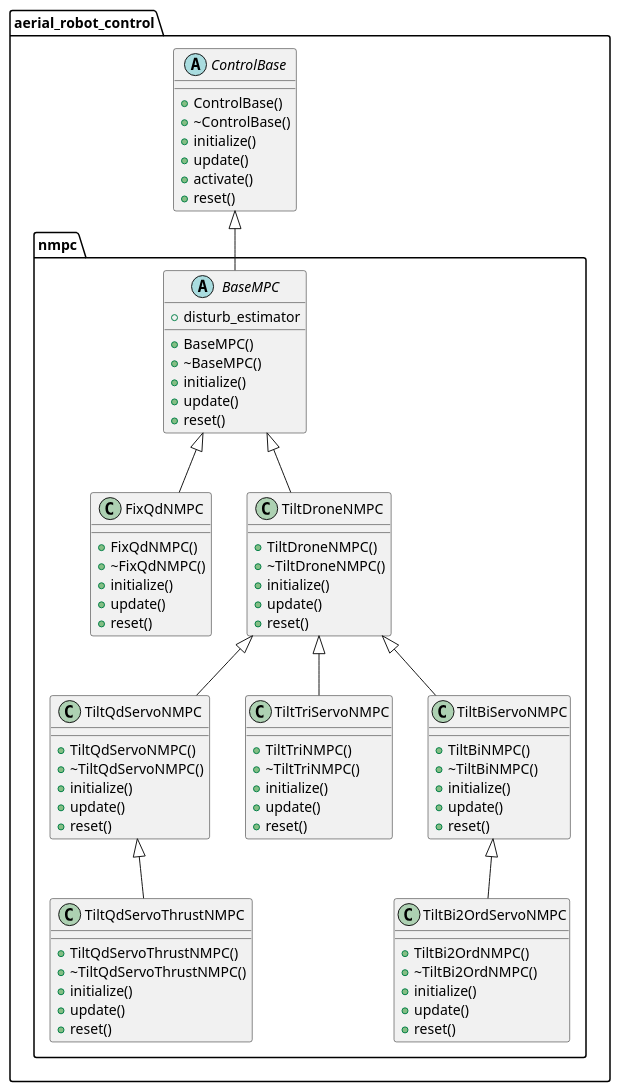
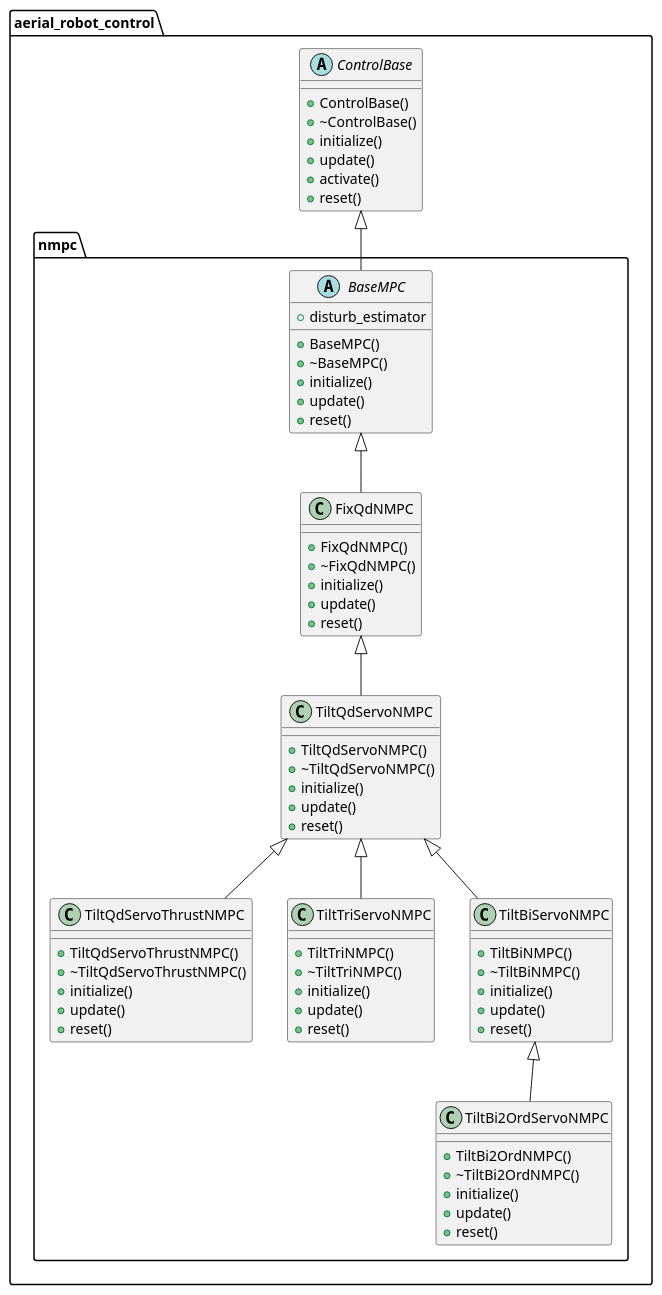
Before and after one commit to jsk-ros-pkg/jsk_aerial_robot: the diagram in docs/UMLs/nmpc_controller.puml, drawn with PlantUML.

Commit message:
[NMPC][Refactor][UML]: Changing the relationship between classes， preferring structure to rotor number

```diff
--- a/docs/UMLs/nmpc_controller.puml
+++ b/docs/UMLs/nmpc_controller.puml
@@ -1,95 +1,87 @@
 @startuml
 'https://plantuml.com/class-diagram
 
 set namespaceSeparator ::
 
 abstract class aerial_robot_control::ControlBase {
     + ControlBase()
     + ~ControlBase()
     + initialize()
     + update()
     + activate()
     + reset()
 }
 
 abstract class aerial_robot_control::nmpc::BaseMPC extends aerial_robot_control::ControlBase {
     + disturb_estimator
     + BaseMPC()
     + ~BaseMPC()
     + initialize()
     + update()
     + reset()
 }
 
 class aerial_robot_control::nmpc::FixQdNMPC extends aerial_robot_control::nmpc::BaseMPC {
 'x_dim = 13, u_dim = 4'
     + FixQdNMPC()
     + ~FixQdNMPC()
     + initialize()
     + update()
     + reset()
 }
 
-class aerial_robot_control::nmpc::TiltDroneNMPC extends aerial_robot_control::nmpc::BaseMPC {
-    + TiltDroneNMPC()
-    + ~TiltDroneNMPC()
-    + initialize()
-    + update()
-    + reset()
-}
-
 'class aerial_robot_control::nmpc::TiltQdNMPC extends aerial_robot_control::nmpc::FixQdNMPC {
 ''x_dim = 13, u_dim = 8'
 '    + TiltQdNMPC()
 '    + ~TiltQdNMPC()
 '    + initialize()
 '    + update()
 '    + reset()
 '}
 
-class aerial_robot_control::nmpc::TiltQdServoNMPC extends aerial_robot_control::nmpc::TiltDroneNMPC {
+class aerial_robot_control::nmpc::TiltQdServoNMPC extends aerial_robot_control::nmpc::FixQdNMPC {
 'x_dim = 17, u_dim = 8'
     + TiltQdServoNMPC()
     + ~TiltQdServoNMPC()
     + initialize()
     + update()
     + reset()
 }
 
 class aerial_robot_control::nmpc::TiltQdServoThrustNMPC extends aerial_robot_control::nmpc::TiltQdServoNMPC {
 'x_dim = 21, u_dim = 8'
     + TiltQdServoThrustNMPC()
     + ~TiltQdServoThrustNMPC()
     + initialize()
     + update()
     + reset()
 }
 
-class aerial_robot_control::nmpc::TiltTriServoNMPC extends aerial_robot_control::nmpc::TiltDroneNMPC {
+class aerial_robot_control::nmpc::TiltTriServoNMPC extends aerial_robot_control::nmpc::TiltQdServoNMPC {
 'x_dim = 16, u_dim = 6'
     + TiltTriNMPC()
     + ~TiltTriNMPC()
     + initialize()
     + update()
     + reset()
 }
 
-class aerial_robot_control::nmpc::TiltBiServoNMPC extends aerial_robot_control::nmpc::TiltDroneNMPC {
+class aerial_robot_control::nmpc::TiltBiServoNMPC extends aerial_robot_control::nmpc::TiltQdServoNMPC {
 'x_dim = 15, u_dim = 4'
     + TiltBiNMPC()
     + ~TiltBiNMPC()
     + initialize()
     + update()
     + reset()
 }
 
 class aerial_robot_control::nmpc::TiltBi2OrdServoNMPC extends aerial_robot_control::nmpc::TiltBiServoNMPC {
 'x_dim = 17, u_dim = 4'
     + TiltBi2OrdNMPC()
     + ~TiltBi2OrdNMPC()
     + initialize()
     + update()
     + reset()
 }
 
 @enduml
```
